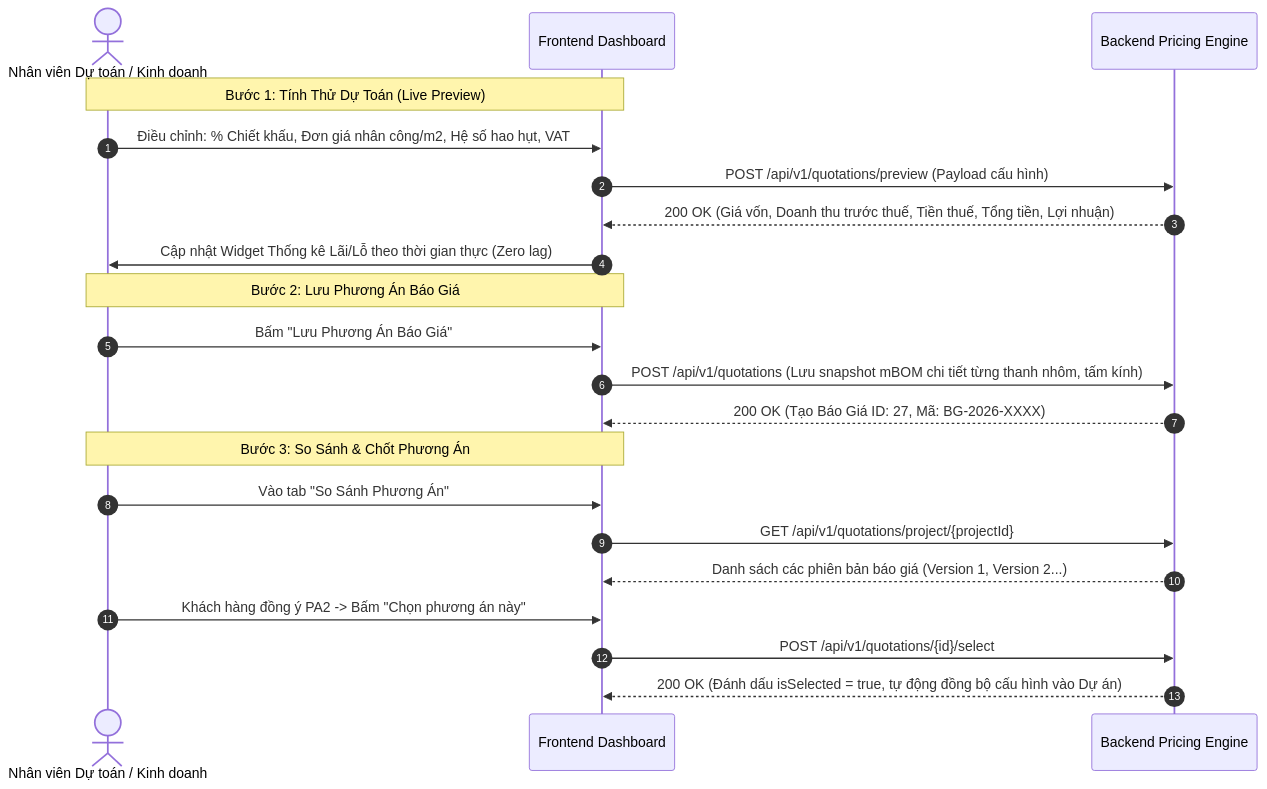
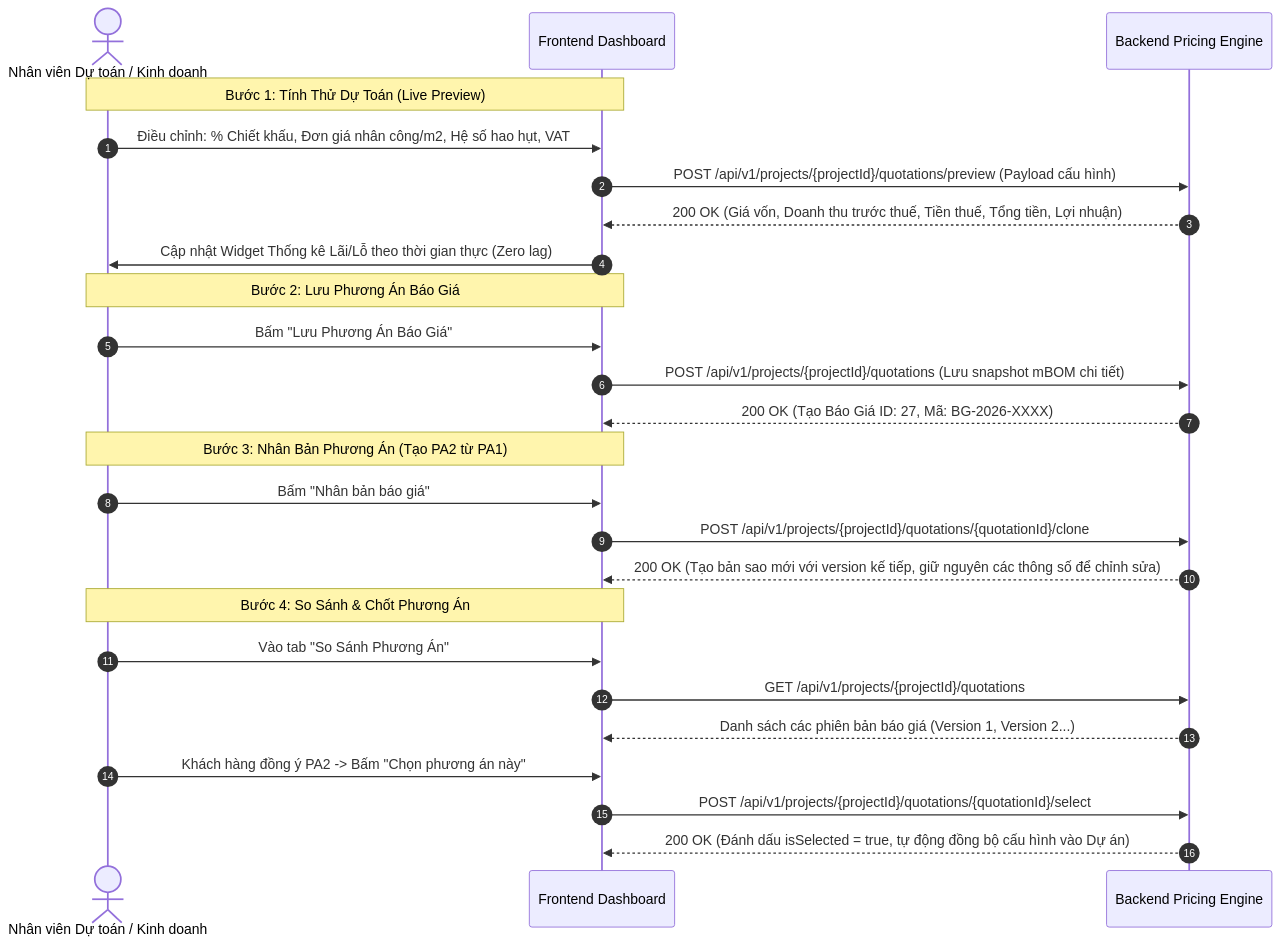
Before and after one commit to XTTechVN/xttech-web-v2: the diagram in docs/step2_project/003_bao_gia_va_pricing_engine.md, drawn with Mermaid. The commit also changed other lines of this file and 5 other files, not shown here.

Commit message:
docs: add step 2 project documentation covering system architecture, survey, pricing, contracts, production, and inventory workflows

````diff
--- a/docs/step2_project/003_bao_gia_va_pricing_engine.md
+++ b/docs/step2_project/003_bao_gia_va_pricing_engine.md
@@ -9,26 +9,31 @@
 ```mermaid
 sequenceDiagram
     autonumber
     actor Sales as Nhân viên Dự toán / Kinh doanh
     participant FE as Frontend Dashboard
     participant BE as Backend Pricing Engine
 
     Note over Sales, FE: Bước 1: Tính Thử Dự Toán (Live Preview)
     Sales->>FE: Điều chỉnh: % Chiết khấu, Đơn giá nhân công/m2, Hệ số hao hụt, VAT
-    FE->>BE: POST /api/v1/quotations/preview (Payload cấu hình)
+    FE->>BE: POST /api/v1/projects/{projectId}/quotations/preview (Payload cấu hình)
     BE-->>FE: 200 OK (Giá vốn, Doanh thu trước thuế, Tiền thuế, Tổng tiền, Lợi nhuận)
     FE->>Sales: Cập nhật Widget Thống kê Lãi/Lỗ theo thời gian thực (Zero lag)
 
     Note over Sales, FE: Bước 2: Lưu Phương Án Báo Giá
     Sales->>FE: Bấm "Lưu Phương Án Báo Giá"
-    FE->>BE: POST /api/v1/quotations (Lưu snapshot mBOM chi tiết từng thanh nhôm, tấm kính)
+    FE->>BE: POST /api/v1/projects/{projectId}/quotations (Lưu snapshot mBOM chi tiết)
     BE-->>FE: 200 OK (Tạo Báo Giá ID: 27, Mã: BG-2026-XXXX)
 
-    Note over Sales, FE: Bước 3: So Sánh & Chốt Phương Án
+    Note over Sales, FE: Bước 3: Nhân Bản Phương Án (Tạo PA2 từ PA1)
+    Sales->>FE: Bấm "Nhân bản báo giá"
+    FE->>BE: POST /api/v1/projects/{projectId}/quotations/{quotationId}/clone
+    BE-->>FE: 200 OK (Tạo bản sao mới với version kế tiếp, giữ nguyên các thông số để chỉnh sửa)
+
+    Note over Sales, FE: Bước 4: So Sánh & Chốt Phương Án
     Sales->>FE: Vào tab "So Sánh Phương Án"
-    FE->>BE: GET /api/v1/quotations/project/{projectId}
+    FE->>BE: GET /api/v1/projects/{projectId}/quotations
     BE-->>FE: Danh sách các phiên bản báo giá (Version 1, Version 2...)
     Sales->>FE: Khách hàng đồng ý PA2 -> Bấm "Chọn phương án này"
-    FE->>BE: POST /api/v1/quotations/{id}/select
+    FE->>BE: POST /api/v1/projects/{projectId}/quotations/{quotationId}/select
     BE-->>FE: 200 OK (Đánh dấu isSelected = true, tự động đồng bộ cấu hình vào Dự án)
 ```
````
